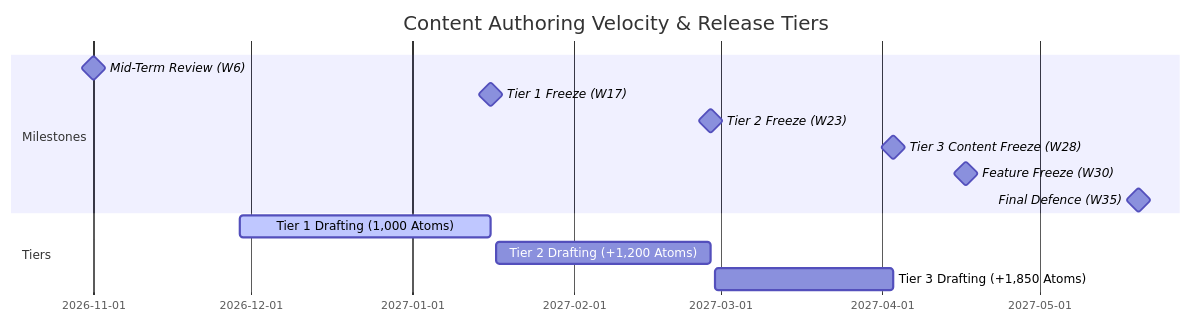
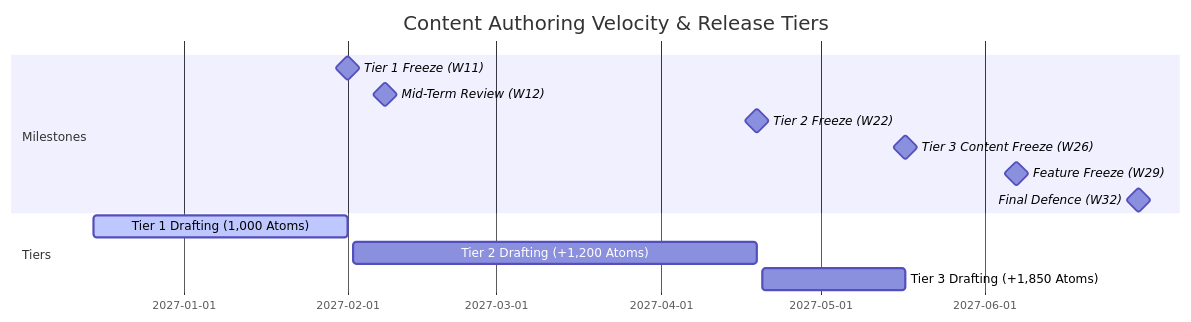
One commit to Masar-SCU/Masar changed the second of 2 diagrams in docs/14-content-pipeline.md. Above: the diagram before and after it, drawn with Mermaid. The commit also changed other lines of this file and 17 other files, not shown here.

Commit message:
docs: address review feedback, re-baseline timeline to June 2027, and add AGENTS.md instructions

````diff
--- a/docs/14-content-pipeline.md
+++ b/docs/14-content-pipeline.md
@@ -105,17 +106,17 @@
 ```mermaid
 gantt
     title Content Authoring Velocity & Release Tiers
     dateFormat  YYYY-MM-DD
     section Milestones
-    Mid-Term Review (W6)       :milestone, m1, 2026-11-01, 0d
-    Tier 1 Freeze (W17)        :milestone, m2, 2027-01-16, 0d
-    Tier 2 Freeze (W23)        :milestone, m3, 2027-02-27, 0d
-    Tier 3 Content Freeze (W28):milestone, m4, 2027-04-03, 0d
-    Feature Freeze (W30)       :milestone, m5, 2027-04-17, 0d
-    Final Defence (W35)        :milestone, m6, 2027-05-20, 0d
+    Tier 1 Freeze (W11)        :milestone, m1, 2027-02-01, 0d
+    Mid-Term Review (W12)      :milestone, m2, 2027-02-08, 0d
+    Tier 2 Freeze (W22)        :milestone, m3, 2027-04-19, 0d
+    Tier 3 Content Freeze (W26):milestone, m4, 2027-05-17, 0d
+    Feature Freeze (W29)       :milestone, m5, 2027-06-07, 0d
+    Final Defence (W32)        :milestone, m6, 2027-06-30, 0d
 
     section Tiers
-    Tier 1 Drafting (1,000 Atoms) :active, t1, 2026-11-29, 2027-01-16
-    Tier 2 Drafting (+1,200 Atoms):t2, 2027-01-17, 2027-02-27
-    Tier 3 Drafting (+1,850 Atoms):t3, 2027-02-28, 2027-04-03
+    Tier 1 Drafting (1,000 Atoms) :active, t1, 2026-12-15, 2027-02-01
+    Tier 2 Drafting (+1,200 Atoms):t2, 2027-02-02, 2027-04-19
+    Tier 3 Drafting (+1,850 Atoms):t3, 2027-04-20, 2027-05-17
 ```
````
